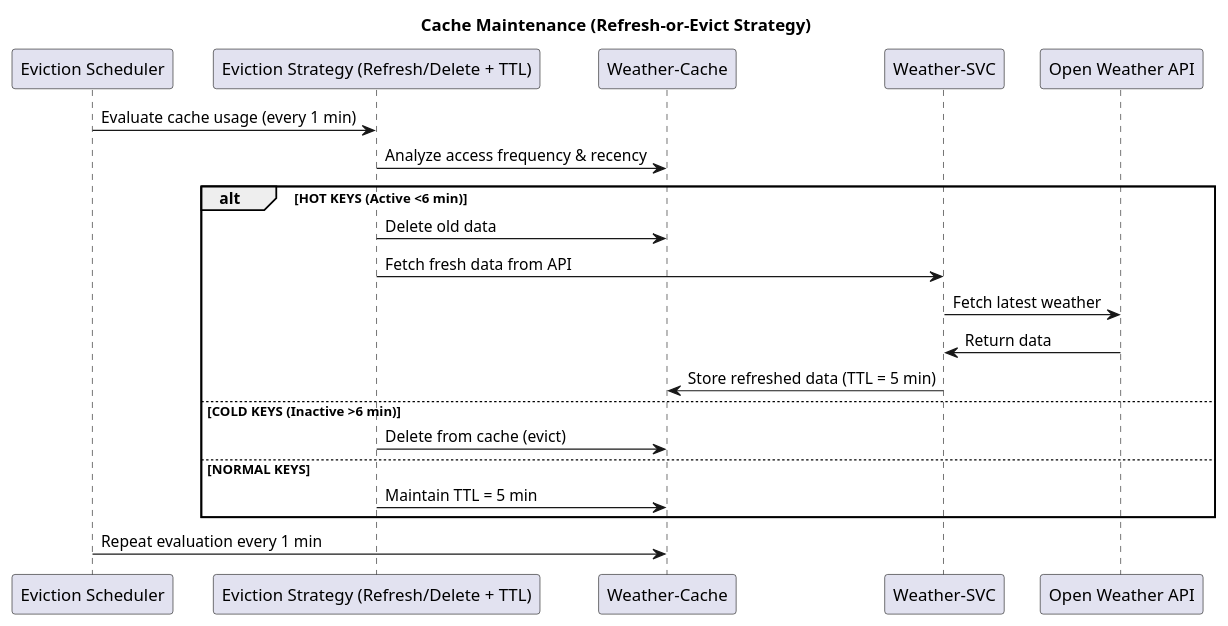
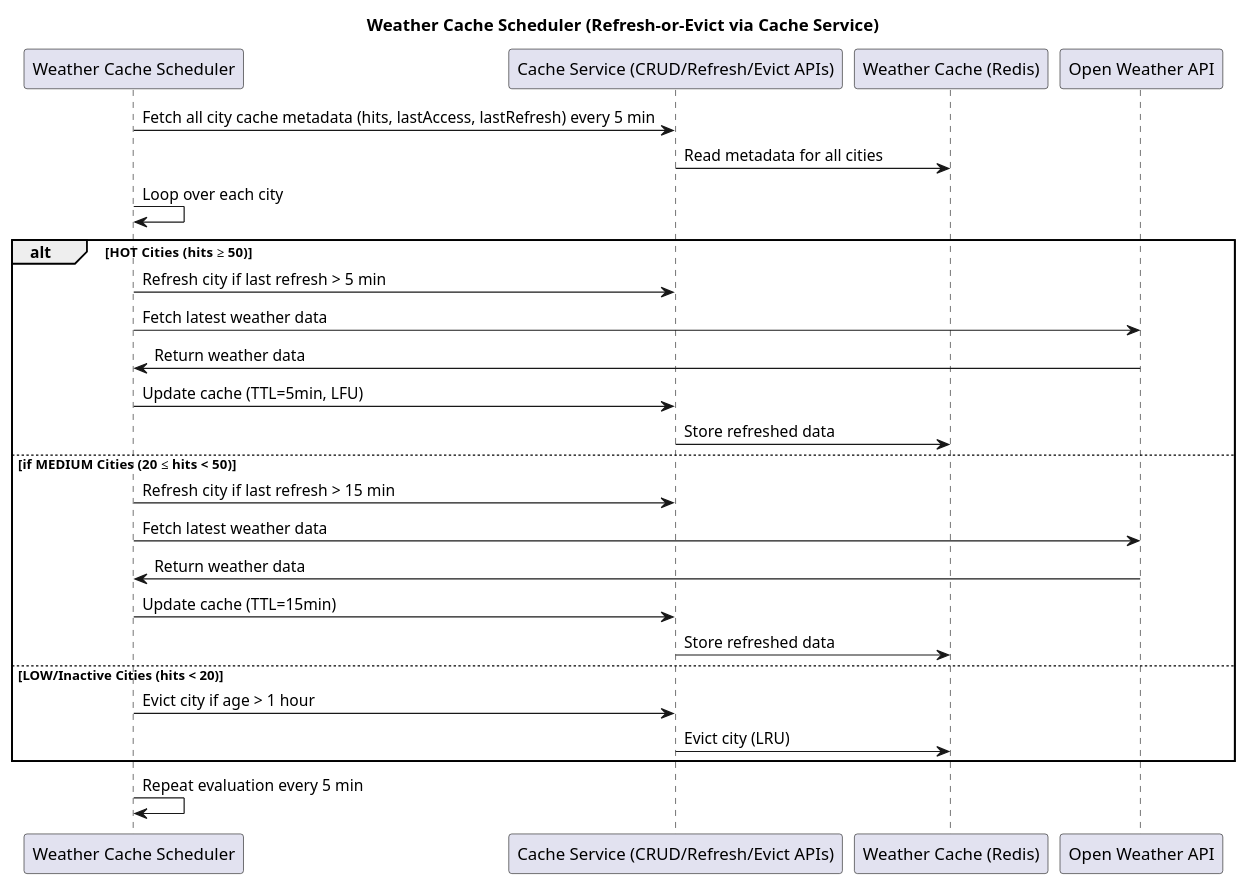
Before and after one commit to shivamnamdeo0101/weather-app: the diagram in SequnceSchedularDig.puml, drawn with PlantUML.

Commit message:
UML Added

```diff
--- a/SequnceSchedularDig.puml
+++ b/SequnceSchedularDig.puml
@@ -1,26 +1,31 @@
 @startuml
-title Cache Maintenance (Refresh-or-Evict Strategy)
+title Weather Cache Scheduler (Refresh-or-Evict via Cache Service)
 
-participant "Eviction Scheduler" as scheduler
-participant "Eviction Strategy (Refresh/Delete + TTL)" as strategy
-participant "Weather-Cache" as cache
-participant "Weather-SVC" as svc
+participant "Weather Cache Scheduler" as scheduler
+participant "Cache Service (CRUD/Refresh/Evict APIs)" as service
+participant "Weather Cache (Redis)" as cache
 participant "Open Weather API" as api
 
-scheduler -> strategy: Evaluate cache usage (every 1 min)
-strategy -> cache: Analyze access frequency & recency
+scheduler -> service: Fetch all city cache metadata (hits, lastAccess, lastRefresh) every 5 min
+service -> cache: Read metadata for all cities
 
-alt HOT KEYS (Active <6 min)
-    strategy -> cache: Delete old data
-    strategy -> svc: Fetch fresh data from API
-    svc -> api: Fetch latest weather
-    api -> svc: Return data
-    svc -> cache: Store refreshed data (TTL = 5 min)
-else COLD KEYS (Inactive >6 min)
-    strategy -> cache: Delete from cache (evict)
-else NORMAL KEYS
-    strategy -> cache: Maintain TTL = 5 min
+scheduler -> scheduler: Loop over each city
+alt HOT Cities (hits ≥ 50)
+    scheduler -> service: Refresh city if last refresh > 5 min
+    scheduler -> api: Fetch latest weather data
+    api -> scheduler: Return weather data
+    scheduler -> service: Update cache (TTL=5min, LFU)
+    service -> cache: Store refreshed data
+else if MEDIUM Cities (20 ≤ hits < 50)
+    scheduler -> service: Refresh city if last refresh > 15 min
+    scheduler -> api: Fetch latest weather data
+    api -> scheduler: Return weather data
+    scheduler -> service: Update cache (TTL=15min)
+    service -> cache: Store refreshed data
+else LOW/Inactive Cities (hits < 20)
+    scheduler -> service: Evict city if age > 1 hour
+    service -> cache: Evict city (LRU)
 end
 
-scheduler -> cache: Repeat evaluation every 1 min
+scheduler -> scheduler: Repeat evaluation every 5 min
 @enduml
```
